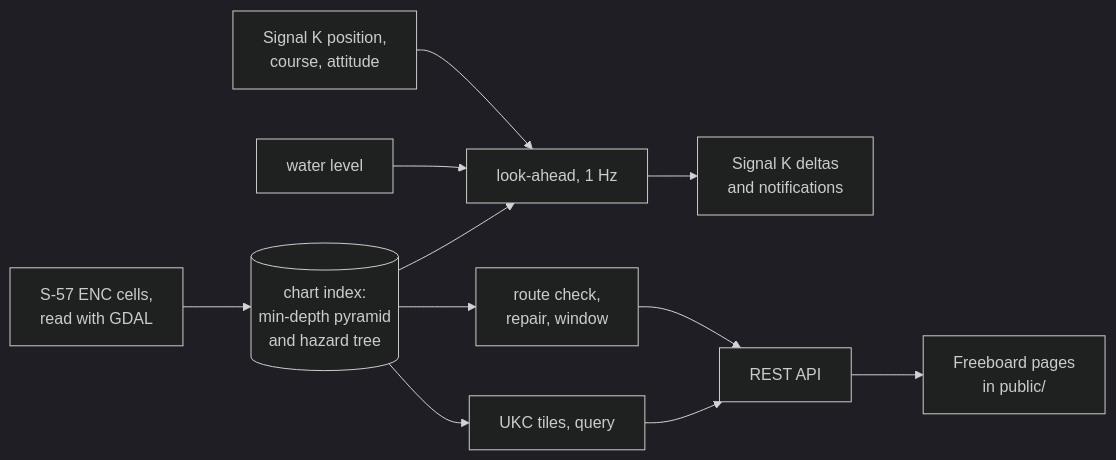
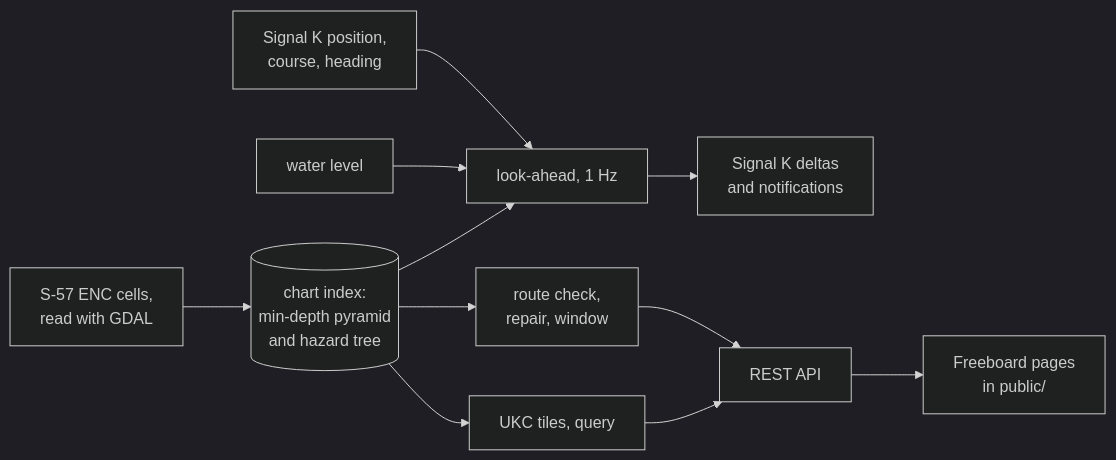
The diagram in README.md (KEGustafsson/signalk-underkeel), drawn with Mermaid (dark theme) before and after one commit. The commit also changed other lines of this file and 60 other files, not shown here.

````diff
--- a/README.md
+++ b/README.md
@@ -384,13 +383,13 @@
 ```mermaid
 flowchart LR
   ENC[S-57 ENC cells,<br/>read with GDAL] --> IDX[(chart index:<br/>min-depth pyramid<br/>and hazard tree)]
-  NAV[Signal K position,<br/>course, attitude] --> LA
+  NAV[Signal K position,<br/>course, heading] --> LA
   WL[water level] --> LA
   IDX --> LA[look-ahead, 1 Hz]
   IDX --> RC[route check,<br/>repair, window]
   IDX --> T[UKC tiles, query]
   LA --> OUT[Signal K deltas<br/>and notifications]
   RC --> REST[REST API]
   T --> REST
   REST --> FB[Freeboard pages<br/>in public/]
 ```
````
